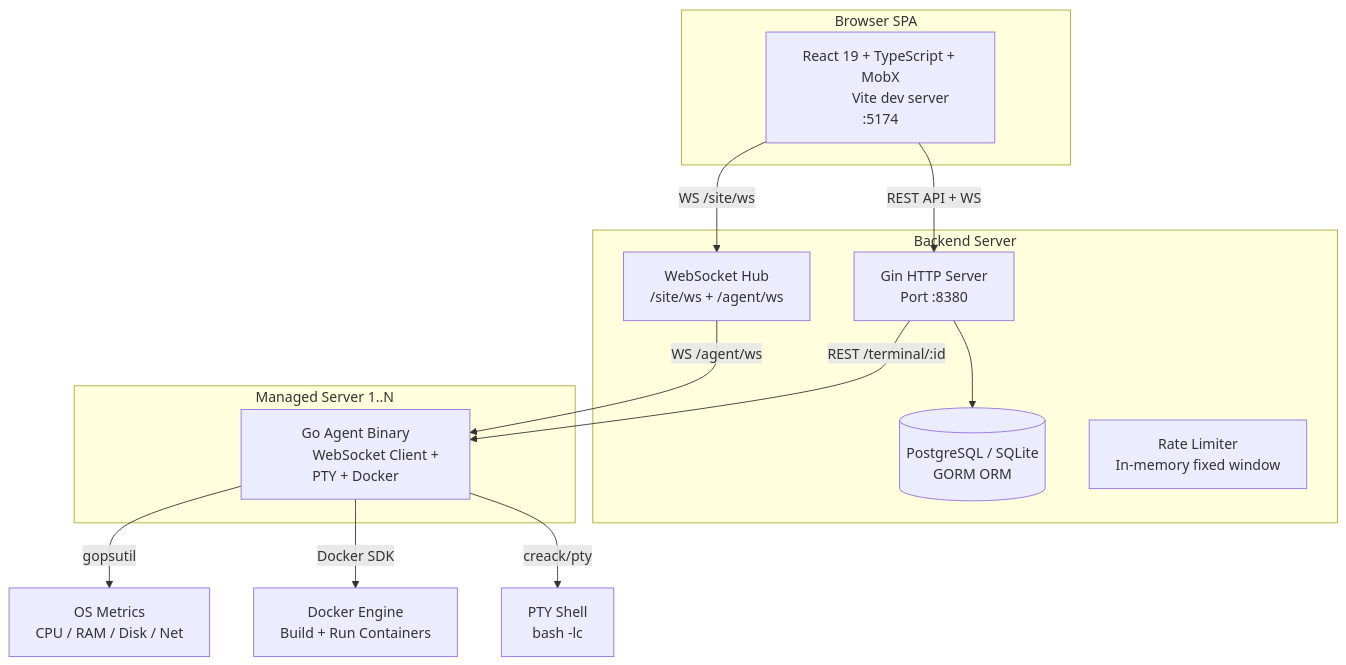
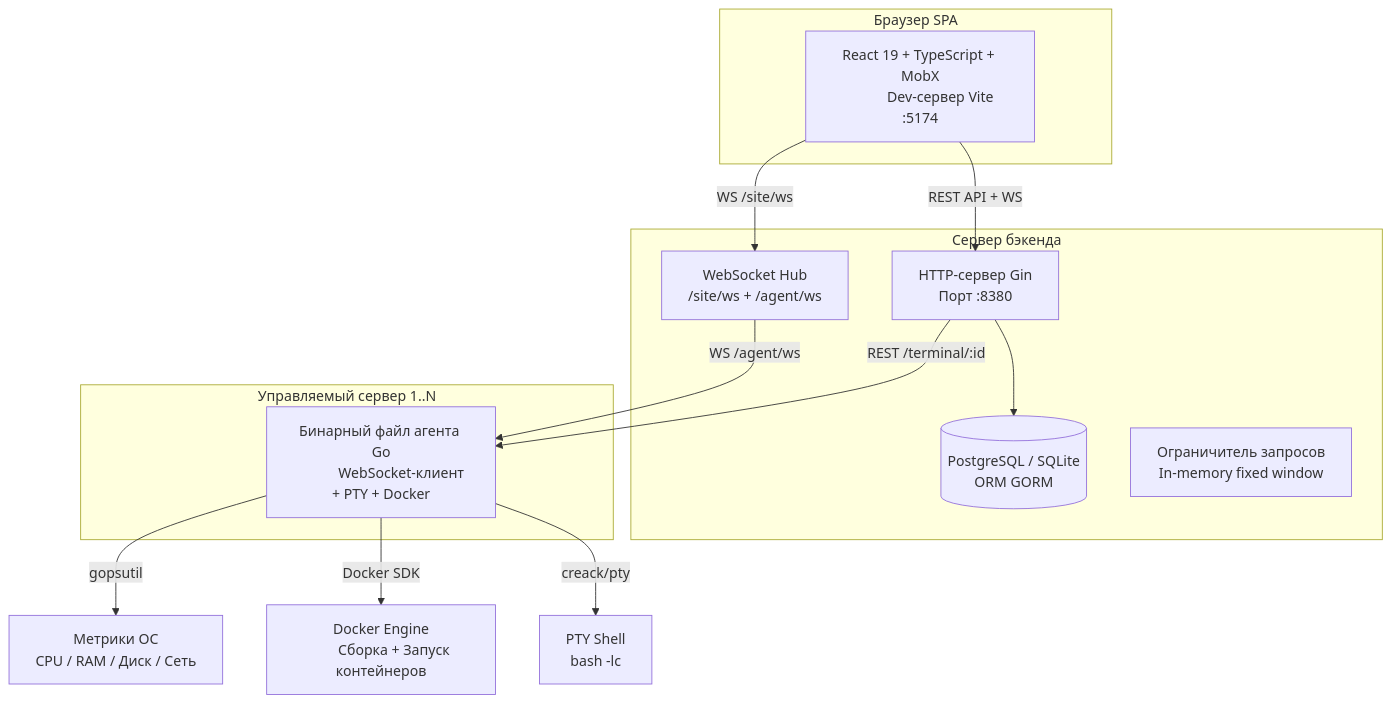
Before and after one commit to botoli/NovexPanel: the first of 6 diagrams in Review-NovexPanel.md, drawn with Mermaid. The commit also changed other lines of this file, not shown here.

````diff
--- a/Review-NovexPanel.md
+++ b/Review-NovexPanel.md
@@ -16,35 +20,35 @@
 ```mermaid
 flowchart TB
-    subgraph Browser["Browser SPA"]
+    subgraph Browser["Браузер SPA"]
         FE["React 19 + TypeScript + MobX
-            Vite dev server :5174"]
+            Dev-сервер Vite :5174"]
     end
 
-    subgraph BackendServer["Backend Server"]
-        GB["Gin HTTP Server
-            Port :8380"]
+    subgraph BackendServer["Сервер бэкенда"]
+        GB["HTTP-сервер Gin
+            Порт :8380"]
         HUB["WebSocket Hub
             /site/ws + /agent/ws"]
         DB[(PostgreSQL / SQLite
-            GORM ORM)]
-        RATELIMITER["Rate Limiter
+            ORM GORM)]
+        RATELIMITER["Ограничитель запросов
             In-memory fixed window"]
     end
 
-    subgraph ManagedServer["Managed Server 1..N"]
-        AGENT["Go Agent Binary
-            WebSocket Client + PTY + Docker"]
+    subgraph ManagedServer["Управляемый сервер 1..N"]
+        AGENT["Бинарный файл агента Go
+            WebSocket-клиент + PTY + Docker"]
     end
 
     FE -->|REST API + WS| GB
     FE -->|WS /site/ws| HUB
     GB --> DB
     HUB -->|WS /agent/ws| AGENT
     GB -->|REST /terminal/:id| AGENT
-    AGENT -->|gopsutil| OS["OS Metrics
-        CPU / RAM / Disk / Net"]
+    AGENT -->|gopsutil| OS["Метрики ОС
+        CPU / RAM / Диск / Сеть"]
     AGENT -->|Docker SDK| DOCKER["Docker Engine
-        Build + Run Containers"]
+        Сборка + Запуск контейнеров"]
     AGENT -->|creack/pty| PTY["PTY Shell
         bash -lc"]
 ```
````
